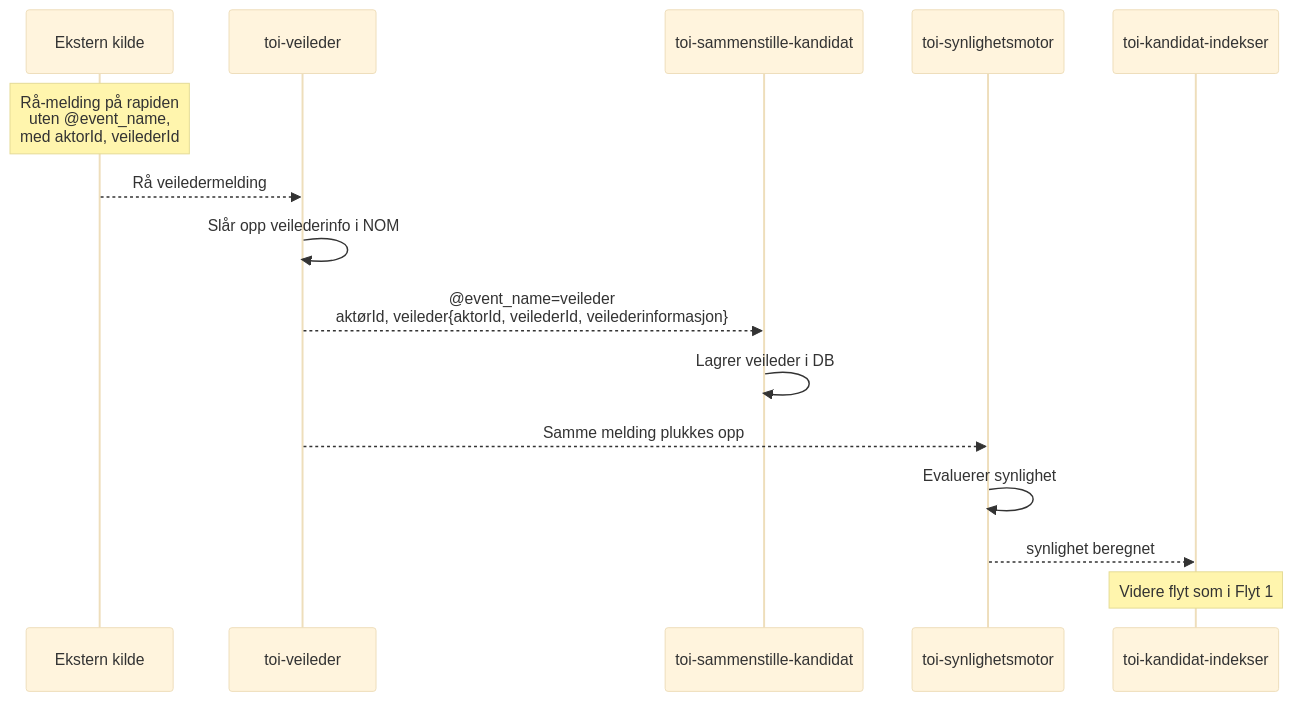
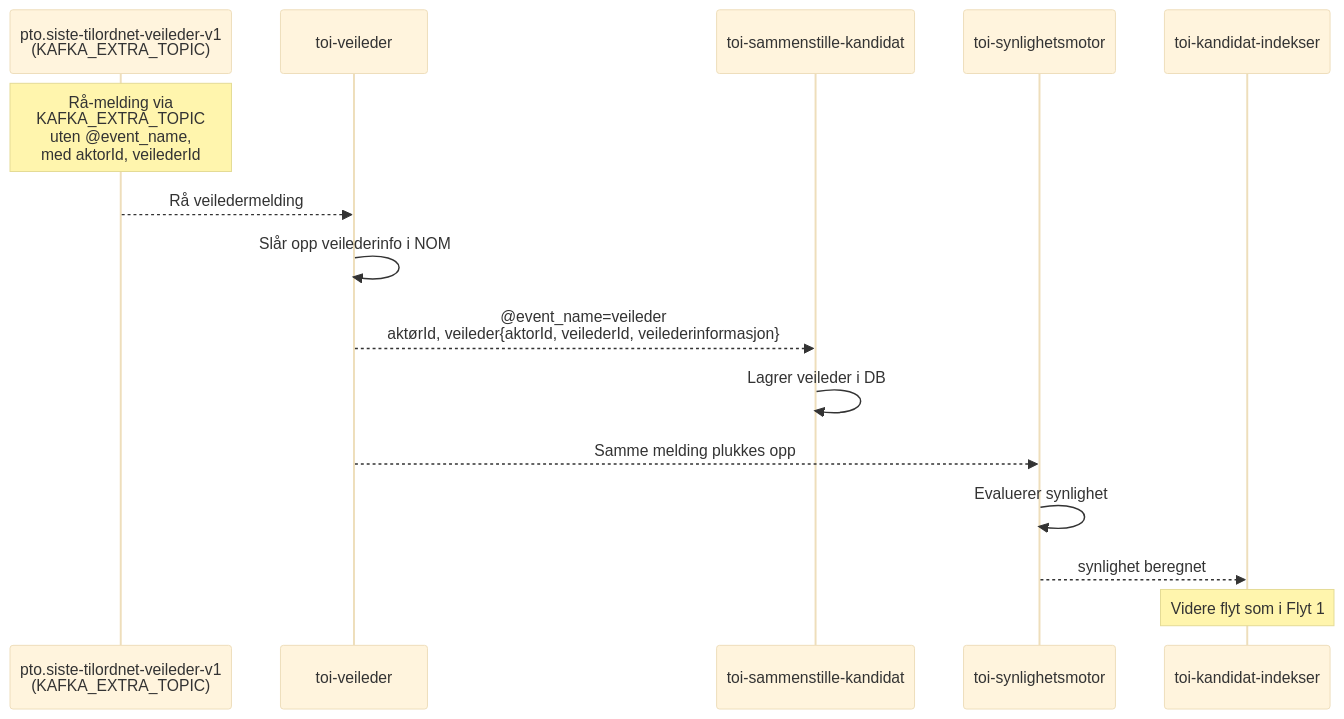
The fifth of 11 diagrams in MELDINGSFLYTER.md (navikt/toi-rapids-and-rivers), drawn with Mermaid (base theme) before and after one commit. The commit also changed other lines of this file, not shown here.

Commit message:
Oppdater meldingsflyt diagram

````diff
--- a/MELDINGSFLYTER.md
+++ b/MELDINGSFLYTER.md
@@ -248,18 +260,18 @@
 ```mermaid
 sequenceDiagram
-    participant EKS as Ekstern kilde
+    participant EKS as pto.siste-tilordnet-veileder-v1<br/>(KAFKA_EXTRA_TOPIC)
     participant VEIL as toi-veileder
     participant SAM as toi-sammenstille-kandidat
     participant SYN as toi-synlighetsmotor
     participant IND as toi-kandidat-indekser
 
-    Note over EKS: Rå-melding på rapiden<br/>uten @event_name,<br/>med aktorId, veilederId
+    Note over EKS: Rå-melding via<br/>KAFKA_EXTRA_TOPIC<br/>uten @event_name,<br/>med aktorId, veilederId
     EKS-->>VEIL: Rå veiledermelding
     VEIL->>VEIL: Slår opp veilederinfo i NOM
     VEIL-->>SAM: @event_name=veileder<br/>aktørId, veileder{aktorId, veilederId, veilederinformasjon}
     SAM->>SAM: Lagrer veileder i DB
     VEIL-->>SYN: Samme melding plukkes opp
     SYN->>SYN: Evaluerer synlighet
     SYN-->>IND: synlighet beregnet
     Note over IND: Videre flyt som i Flyt 1
 ```
````
